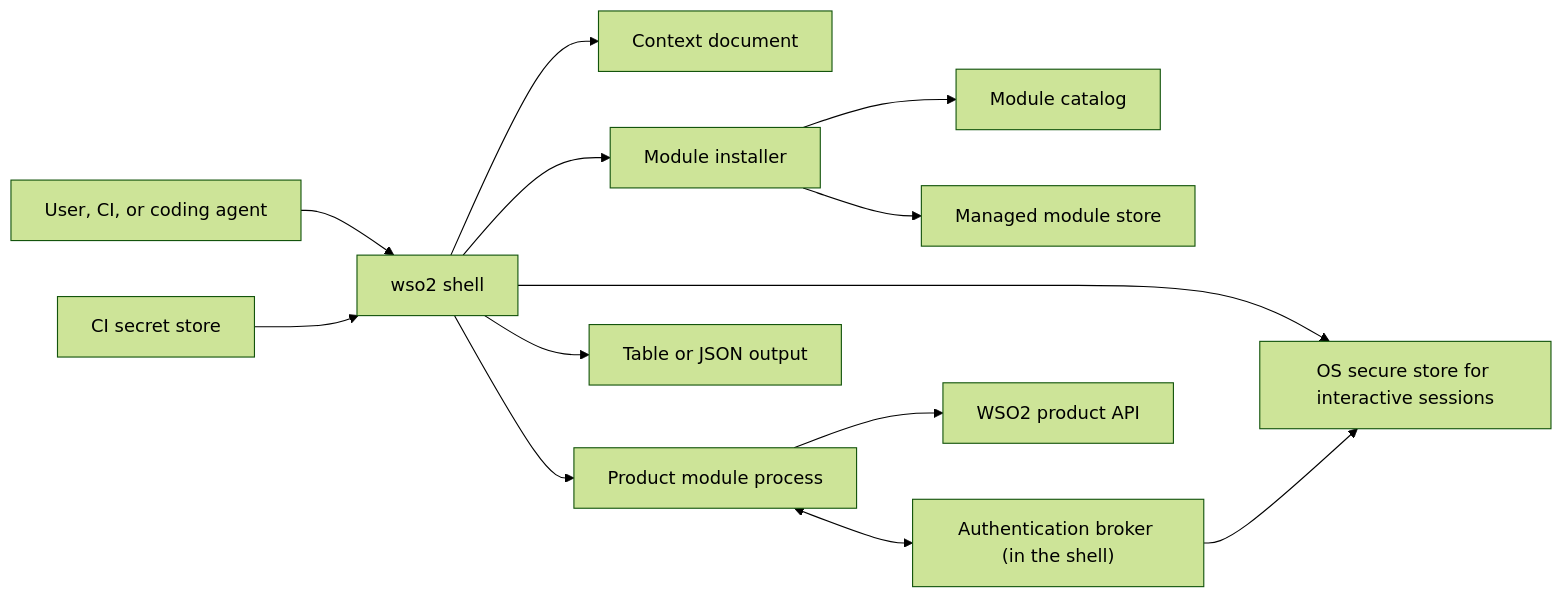
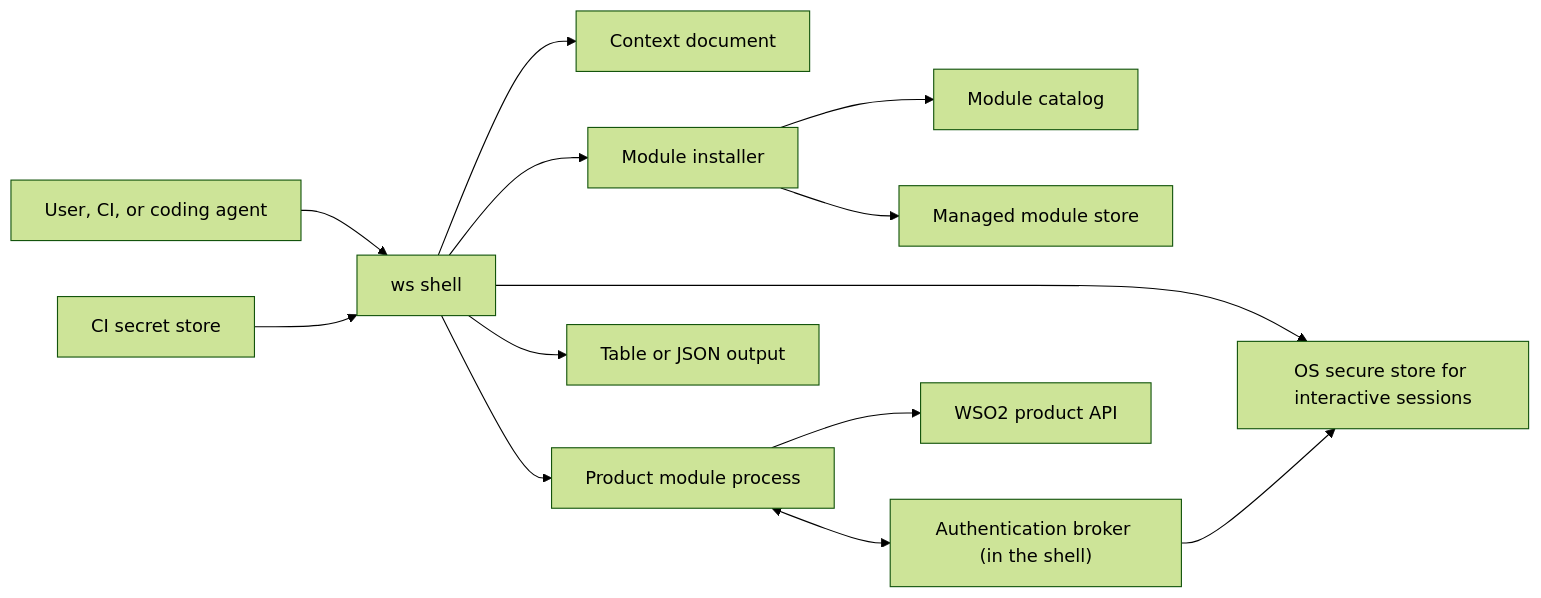
Before and after one commit to kanushka/wso2-cli: the first of 2 diagrams in docs/architecture.md, drawn with Mermaid (forest theme). The commit also changed other lines of this file and 16 other files, not shown here.

````diff
--- a/docs/architecture.md
+++ b/docs/architecture.md
@@ -48,15 +48,15 @@
 ```mermaid
 flowchart LR
-    U["User, CI, or coding agent"] --> H["wso2 shell"]
+    U["User, CI, or coding agent"] --> H["ws shell"]
     H --> C["Context document"]
     H --> K["OS secure store for interactive sessions"]
     J["CI secret store"] --> H
     H --> M["Module installer"]
     M --> R["Module catalog"]
     M --> S["Managed module store"]
     H --> P["Product module process"]
     P <--> A["Authentication broker (in the shell)"]
     A --> K
     P --> W["WSO2 product API"]
     H --> O["Table or JSON output"]
 ```
````
